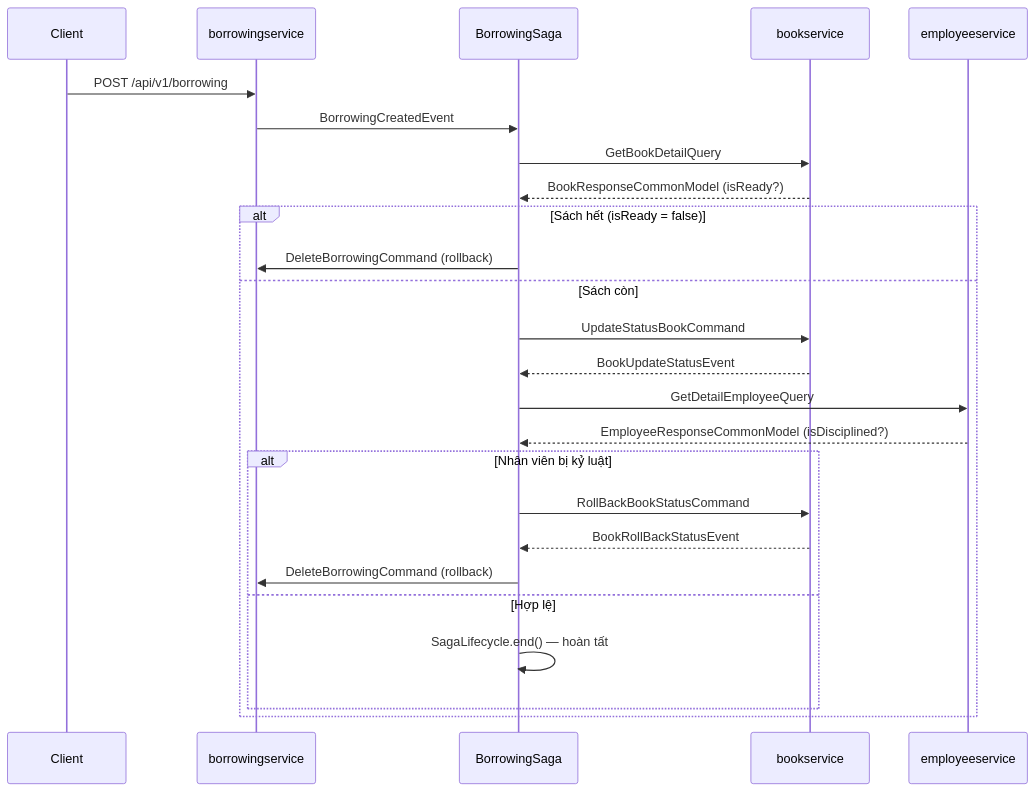
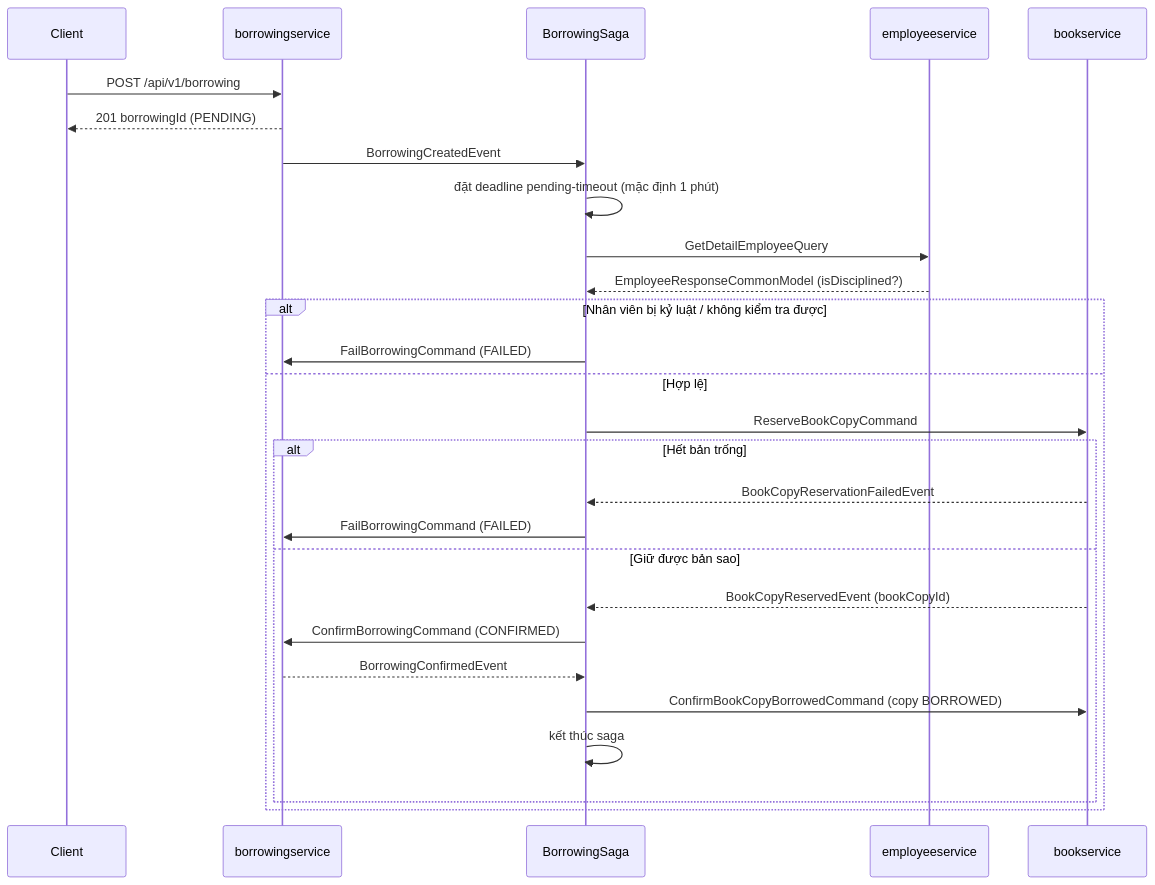
The third of 3 diagrams in PROJECT_OVERVIEW.md (nguyenminhquan2204/library-management-java-microservices), drawn with Mermaid before and after one commit. The commit also changed other lines of this file and 56 other files, not shown here.

Commit message:
feat: complete borrowing book with bookcopy

````diff
--- a/PROJECT_OVERVIEW.md
+++ b/PROJECT_OVERVIEW.md
@@ -172,30 +207,31 @@
 ```mermaid
 sequenceDiagram
     participant U as Client
     participant BOS as borrowingservice
     participant Saga as BorrowingSaga
+    participant ES as employeeservice
     participant BS as bookservice
-    participant ES as employeeservice
 
     U->>BOS: POST /api/v1/borrowing
+    BOS-->>U: 201 borrowingId (PENDING)
     BOS->>Saga: BorrowingCreatedEvent
-    Saga->>BS: GetBookDetailQuery
-    BS-->>Saga: BookResponseCommonModel (isReady?)
+    Saga->>Saga: đặt deadline pending-timeout (mặc định 1 phút)
+    Saga->>ES: GetDetailEmployeeQuery
+    ES-->>Saga: EmployeeResponseCommonModel (isDisciplined?)
 
-    alt Sách hết (isReady = false)
-        Saga->>BOS: DeleteBorrowingCommand (rollback)
-    else Sách còn
-        Saga->>BS: UpdateStatusBookCommand
-        BS-->>Saga: BookUpdateStatusEvent
-        Saga->>ES: GetDetailEmployeeQuery
-        ES-->>Saga: EmployeeResponseCommonModel (isDisciplined?)
-
-        alt Nhân viên bị kỷ luật
-            Saga->>BS: RollBackBookStatusCommand
-            BS-->>Saga: BookRollBackStatusEvent
-            Saga->>BOS: DeleteBorrowingCommand (rollback)
-        else Hợp lệ
-            Saga->>Saga: SagaLifecycle.end() — hoàn tất
+    alt Nhân viên bị kỷ luật / không kiểm tra được
+        Saga->>BOS: FailBorrowingCommand (FAILED)
+    else Hợp lệ
+        Saga->>BS: ReserveBookCopyCommand
+        alt Hết bản trống
+            BS-->>Saga: BookCopyReservationFailedEvent
+            Saga->>BOS: FailBorrowingCommand (FAILED)
+        else Giữ được bản sao
+            BS-->>Saga: BookCopyReservedEvent (bookCopyId)
+            Saga->>BOS: ConfirmBorrowingCommand (CONFIRMED)
+            BOS-->>Saga: BorrowingConfirmedEvent
+            Saga->>BS: ConfirmBookCopyBorrowedCommand (copy BORROWED)
+            Saga->>Saga: kết thúc saga
         end
     end
 ```
````
